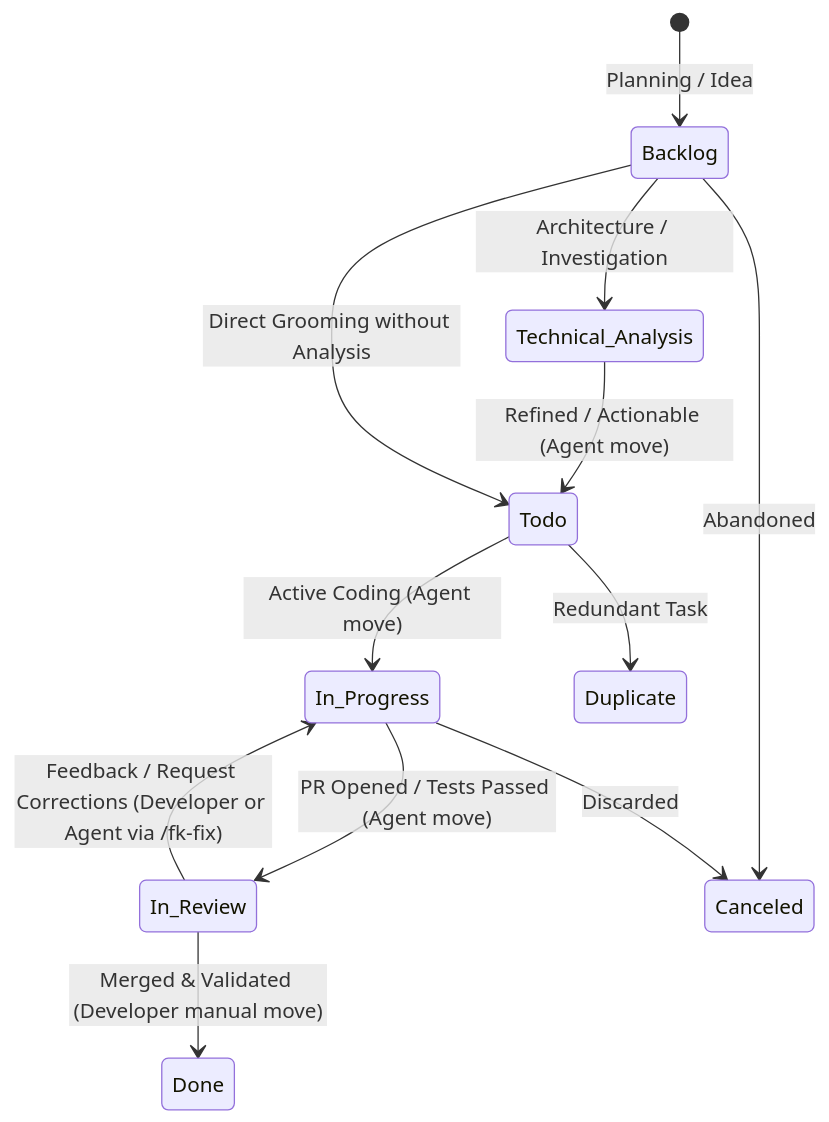
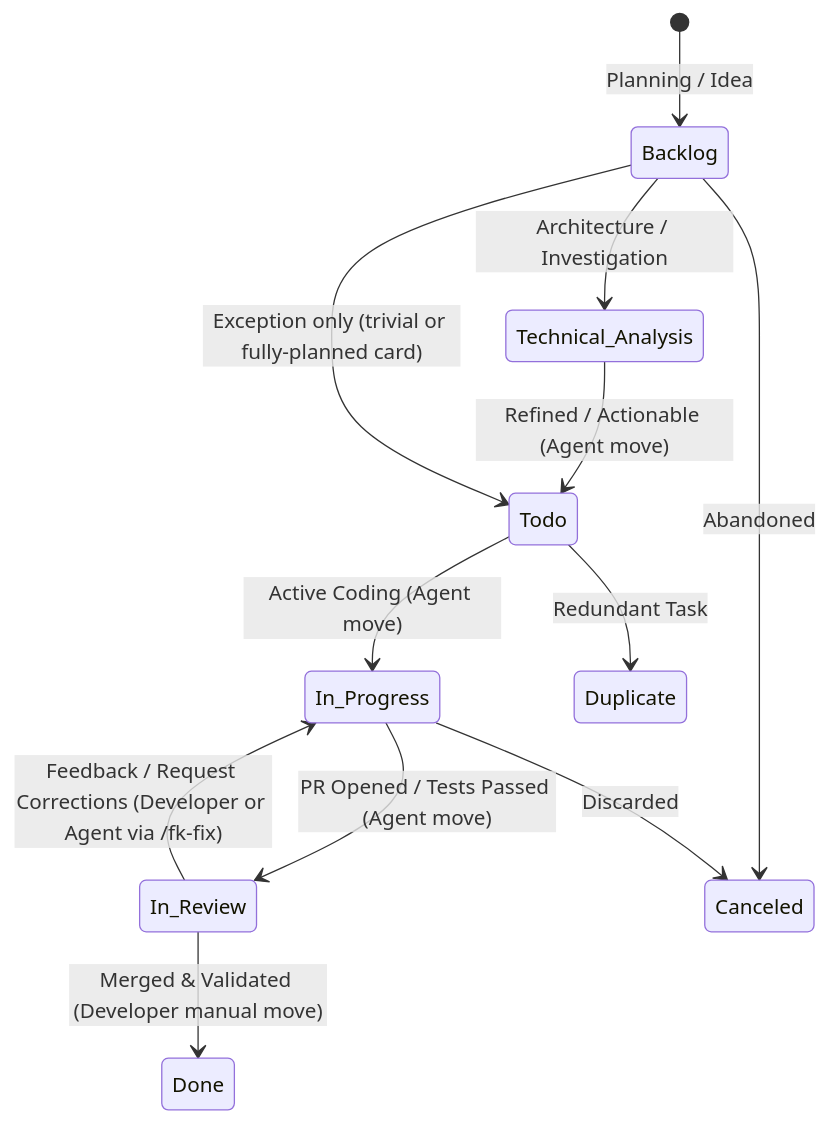
One commit to CaioCoelhoChaves/fk_apm changed the diagram in skills/linear-workflow/references/states-and-labels.md. Above: the diagram before and after it, drawn with Mermaid. The commit also changed other lines of this file and 5 other files, not shown here.

````diff
--- a/skills/linear-workflow/references/states-and-labels.md
+++ b/skills/linear-workflow/references/states-and-labels.md
@@ -11,14 +11,14 @@
 ```mermaid
 stateDiagram-v2
     [*] --> Backlog: Planning / Idea
     Backlog --> Technical_Analysis: Architecture / Investigation
     Technical_Analysis --> Todo: Refined / Actionable (Agent move)
     Todo --> In_Progress: Active Coding (Agent move)
-    Backlog --> Todo: Direct Grooming without Analysis
+    Backlog --> Todo: Exception only (trivial or fully-planned card)
     In_Progress --> In_Review: PR Opened / Tests Passed (Agent move)
     In_Review --> In_Progress: Feedback / Request Corrections (Developer or Agent via /fk-fix)
     In_Review --> Done: Merged & Validated (Developer manual move)
     Backlog --> Canceled: Abandoned
     Todo --> Duplicate: Redundant Task
     In_Progress --> Canceled: Discarded
 ```
````
